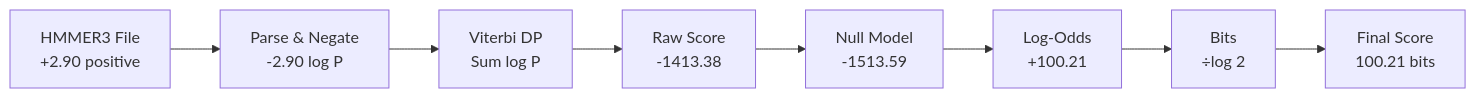
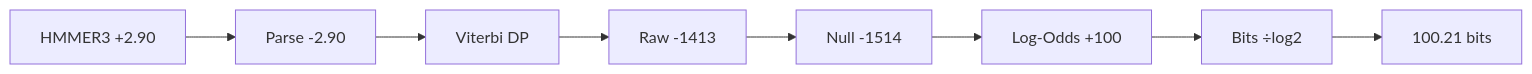
One commit to RNABioInfo/mcaat changed the second of 4 diagrams in HMM_VITERBI_BEAM_SEARCH.md. Above: the diagram before and after it, drawn with Mermaid. The commit also changed other lines of this file and 7 other files, not shown here.

````diff
--- a/HMM_VITERBI_BEAM_SEARCH.md
+++ b/HMM_VITERBI_BEAM_SEARCH.md
@@ -34,10 +30,10 @@
 ```mermaid
 flowchart LR
-    A[HMMER3 File<br/>+2.90 positive] --> B[Parse & Negate<br/>-2.90 log P]
-    B --> C[Viterbi DP<br/>Sum log P]
-    C --> D[Raw Score<br/>-1413.38]
-    D --> E[Null Model<br/>-1513.59]
-    E --> F[Log-Odds<br/>+100.21]
-    F --> G[Bits<br/>÷log 2]
-    G --> H[Final Score<br/>100.21 bits]
+    A[HMMER3 +2.90] --> B[Parse -2.90]
+    B --> C[Viterbi DP]
+    C --> D[Raw -1413]
+    D --> E[Null -1514]
+    E --> F[Log-Odds +100]
+    F --> G[Bits ÷log2]
+    G --> H[100.21 bits]
 ```
````
